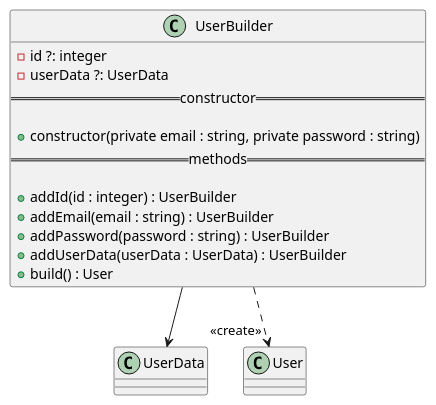
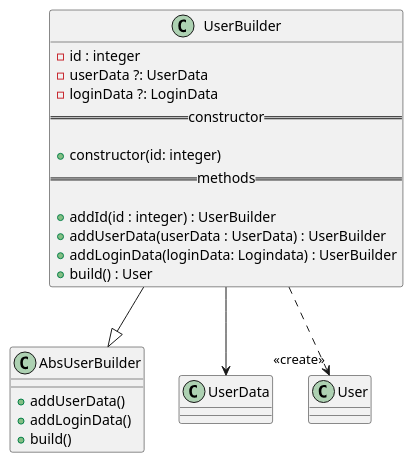
The diagram in docs/diagrams/classes/User/UserBuilder.pu (GruppOne/stalker-web-app), drawn with PlantUML before and after one commit. The commit also changed 22 other files, not shown here.

Commit message:
docs: improve class diagrams, add allegato tecnico structure

```diff
--- a/docs/diagrams/classes/User/UserBuilder.pu
+++ b/docs/diagrams/classes/User/UserBuilder.pu
@@ -1,19 +1,25 @@
 @startuml UserBuilder Diagram
+
+class AbsUserBuilder {
+  + addUserData()
+  + addLoginData()
+  + build()
+}
 class UserBuilder {
-  - id ?: integer
+  - id : integer
   - userData ?: UserData
+  - loginData ?: LoginData
   == constructor ==
 
-  + constructor(private email : string, private password : string)
+  + constructor(id: integer)
   == methods ==
 
   + addId(id : integer) : UserBuilder
-  + addEmail(email : string) : UserBuilder
-  + addPassword(password : string) : UserBuilder
   + addUserData(userData : UserData) : UserBuilder
+  + addLoginData(loginData: Logindata) : UserBuilder
   + build() : User
 }
-
+UserBuilder --|> AbsUserBuilder
 UserBuilder --> UserData
 UserBuilder ..> "<<create>>" User
 @enduml
```
